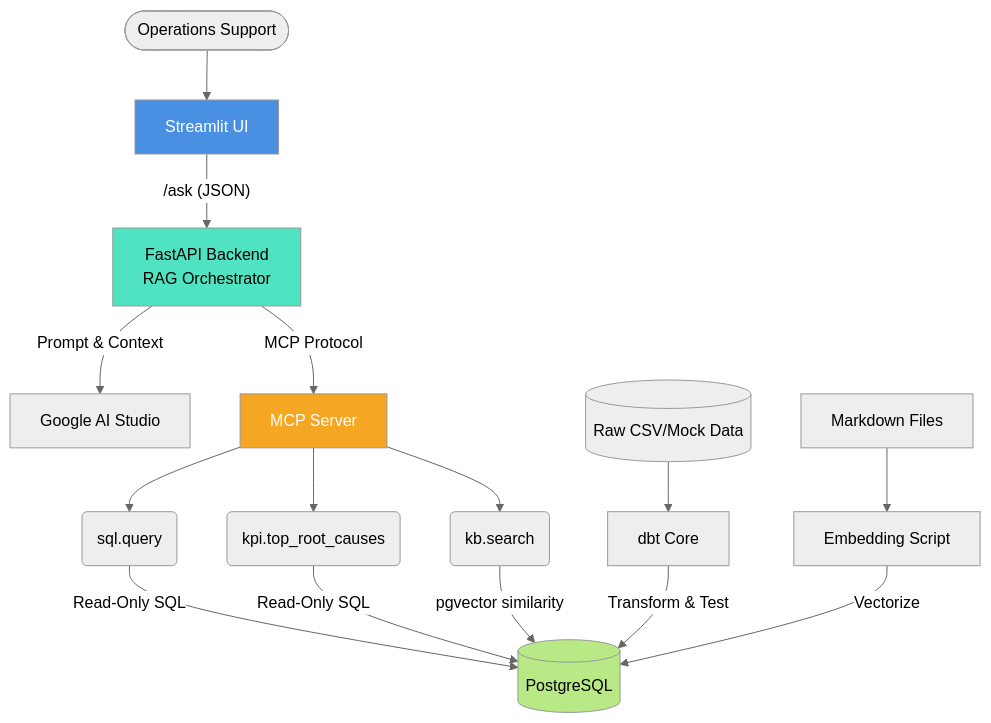
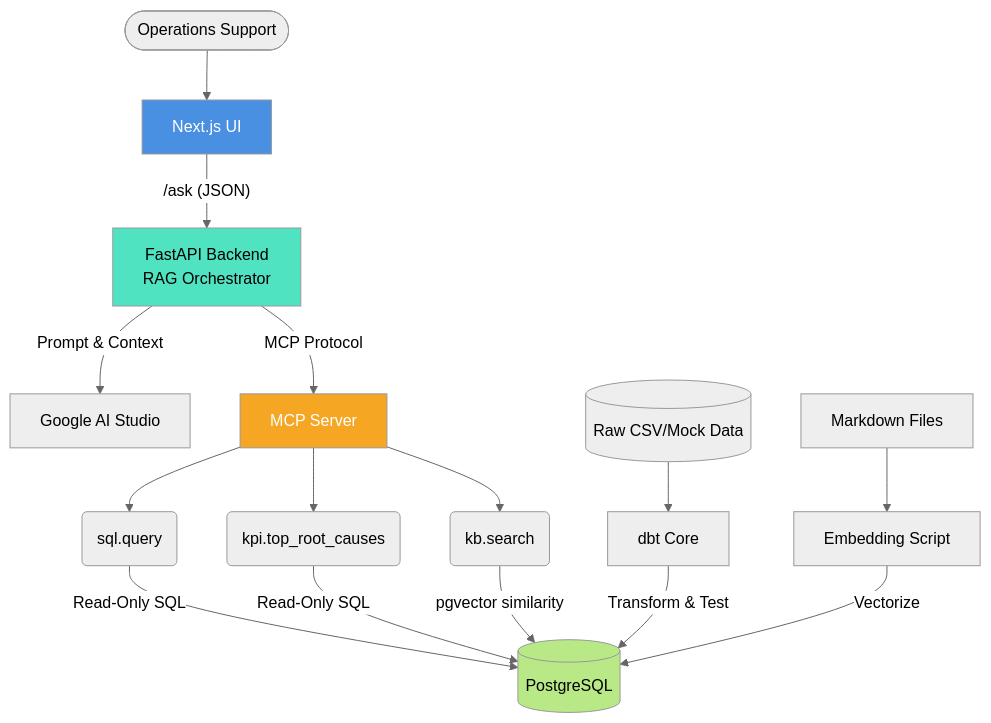
The first of 2 diagrams in ARCHITECTURE.md (JinnawatJid/dBank), drawn with Mermaid (neutral theme) before and after one commit. The commit also changed other lines of this file and 4 other files, not shown here.

````diff
--- a/ARCHITECTURE.md
+++ b/ARCHITECTURE.md
@@ -13,40 +13,40 @@
 ```mermaid
 graph TD
     %% User and UI
-    User([Operations Support]) --> UI[Streamlit UI]
+    User([Operations Support]) --> UI[Next.js UI]
 
     %% API & Orchestration
     UI -- "/ask (JSON)" --> FastAPI[FastAPI Backend\nRAG Orchestrator]
 
     %% LLM & MCP
     FastAPI -- "Prompt & Context" --> LLM[Google AI Studio]
     FastAPI -- "MCP Protocol" --> MCPServer[MCP Server]
 
     %% Tools inside MCP
     MCPServer --> Tool1(sql.query)
     MCPServer --> Tool2(kpi.top_root_causes)
     MCPServer --> Tool3(kb.search)
 
     %% Data Layer
     Tool1 -- "Read-Only SQL" --> PostgresDB[(PostgreSQL)]
     Tool2 -- "Read-Only SQL" --> PostgresDB
     Tool3 -- "pgvector similarity" --> PostgresDB
 
     %% Data Pipeline
     RawData[(Raw CSV/Mock Data)] --> dbt[dbt Core]
     KnowledgeBase[Markdown Files] --> Embedder[Embedding Script]
 
     dbt -- "Transform & Test" --> PostgresDB
     Embedder -- "Vectorize" --> PostgresDB
 
     %% Styling
     classDef ui fill:#4A90E2,color:white;
     classDef api fill:#50E3C2,color:black;
     classDef mcp fill:#F5A623,color:white;
     classDef db fill:#B8E986,color:black;
 
     class UI ui;
     class FastAPI api;
     class MCPServer mcp;
     class PostgresDB db;
 ```
````
